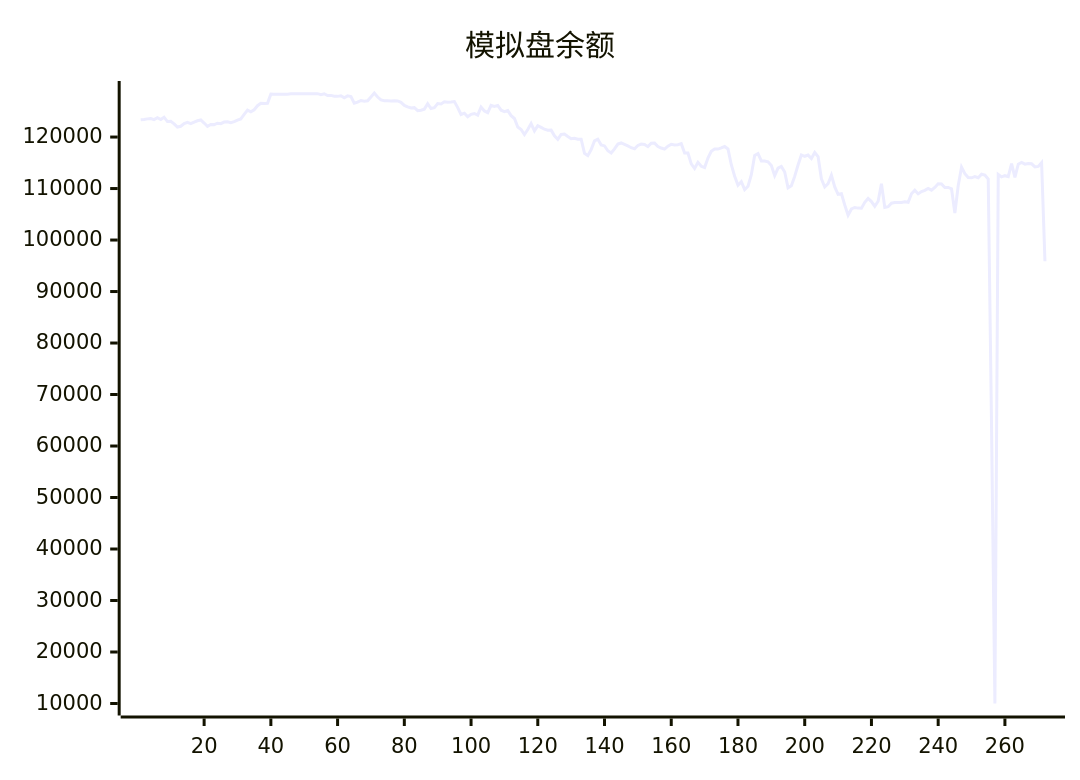
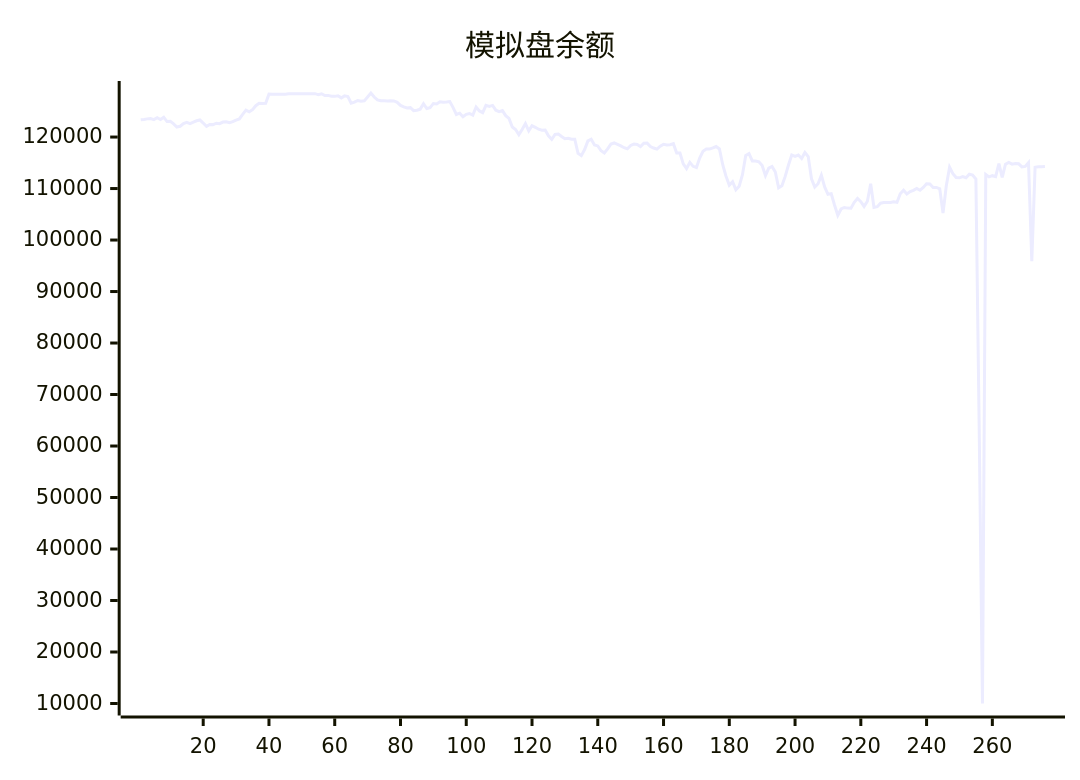
Before and after one commit to aahl/ai-trading: the diagram in README.md, drawn with Mermaid. The commit also changed other lines of this file and 1 other file, not shown here.

````diff
--- a/README.md
+++ b/README.md
@@ -5,5 +5,5 @@
 ```mermaid
 xychart
     title "模拟盘余额"
-    line [123338,123402,123530,123592,123378,123745,123413,123853,123009,123040,122557,121938,122095,122599,122856,122597,122898,123160,123319,122719,122087,122454,122416,122685,122592,122907,122961,122776,122981,123295,123507,124403,125224,124894,125303,126088,126544,126534,126549,128335,128318,128318,128318,128318,128318,128424,128424,128424,128424,128424,128424,128424,128424,128424,128247,128412,128062,128087,127917,127901,128026,127611,128000,127850,126572,126770,127100,126971,127029,127783,128554,127765,127224,127064,127044,127009,127025,127004,126738,126152,125871,125635,125707,125117,125217,125420,126480,125545,125715,126511,126424,126856,126764,126788,126890,125710,124381,124632,123936,124402,124574,124256,125833,125070,124739,126154,125966,126145,125213,124943,125143,124157,123604,121959,121476,120476,121470,122610,121201,122221,121889,121522,121332,121344,120232,119559,120513,120577,120108,119680,119777,119572,119568,116839,116392,117573,119250,119585,118469,118277,117338,116897,117706,118628,118849,118579,118280,117926,117735,118373,118639,118544,118136,118798,118819,118162,117874,117649,118215,118601,118463,118517,118713,116911,116899,114798,113887,115084,114313,114091,115934,117221,117658,117658,117883,118164,117693,114632,112403,110644,111313,109777,110444,112673,116419,116772,115355,115355,115198,114476,112510,113954,114276,113223,110151,110561,112361,114562,116522,116265,116500,115845,117000,116199,111887,110306,110942,112588,110318,108891,109011,106814,104811,106038,106327,106201,106180,107315,108068,107463,106528,107530,110941,106346,106482,107161,107268,107270,107302,107426,107340,108985,109681,108962,109404,109645,110030,109680,110214,110918,110897,110215,110212,109962,105235,110525,114151,112895,112137,112083,112329,112094,112784,112613,111829,63445,10000,112734,112268,112496,112313,114832,112156,114730,115058,114728,114866,114804,114208,114302,115037,95891]
+    line [123338,123402,123530,123592,123378,123745,123413,123853,123009,123040,122557,121938,122095,122599,122856,122597,122898,123160,123319,122719,122087,122454,122416,122685,122592,122907,122961,122776,122981,123295,123507,124403,125224,124894,125303,126088,126544,126534,126549,128335,128318,128318,128318,128318,128318,128424,128424,128424,128424,128424,128424,128424,128424,128424,128247,128412,128062,128087,127917,127901,128026,127611,128000,127850,126572,126770,127100,126971,127029,127783,128554,127765,127224,127064,127044,127009,127025,127004,126738,126152,125871,125635,125707,125117,125217,125420,126480,125545,125715,126511,126424,126856,126764,126788,126890,125710,124381,124632,123936,124402,124574,124256,125833,125070,124739,126154,125966,126145,125213,124943,125143,124157,123604,121959,121476,120476,121470,122610,121201,122221,121889,121522,121332,121344,120232,119559,120513,120577,120108,119680,119777,119572,119568,116839,116392,117573,119250,119585,118469,118277,117338,116897,117706,118628,118849,118579,118280,117926,117735,118373,118639,118544,118136,118798,118819,118162,117874,117649,118215,118601,118463,118517,118713,116911,116899,114798,113887,115084,114313,114091,115934,117221,117658,117658,117883,118164,117693,114632,112403,110644,111313,109777,110444,112673,116419,116772,115355,115355,115198,114476,112510,113954,114276,113223,110151,110561,112361,114562,116522,116265,116500,115845,117000,116199,111887,110306,110942,112588,110318,108891,109011,106814,104811,106038,106327,106201,106180,107315,108068,107463,106528,107530,110941,106346,106482,107161,107268,107270,107302,107426,107340,108985,109681,108962,109404,109645,110030,109680,110214,110918,110897,110215,110212,109962,105235,110525,114151,112895,112137,112083,112329,112094,112784,112613,111829,63445,10000,112734,112268,112496,112313,114832,112156,114730,115058,114728,114866,114804,114208,114302,115037,95891,114128,114227,114228,114267]
 ```
````
